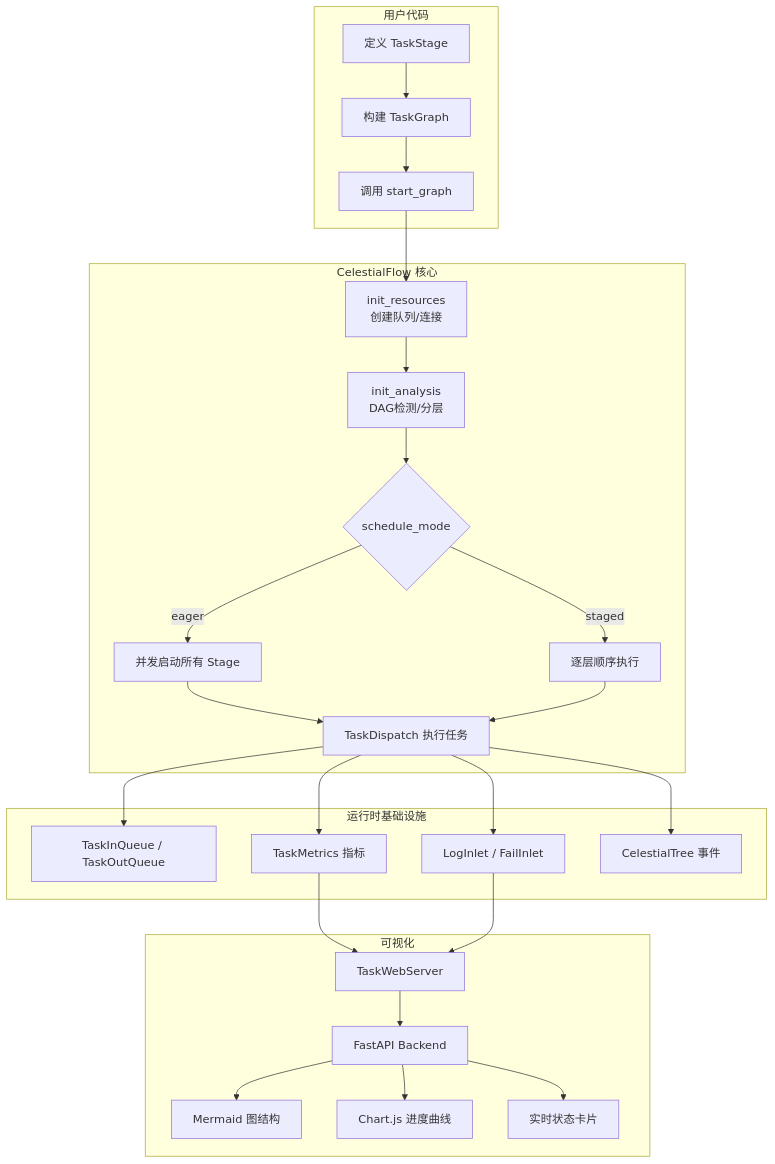
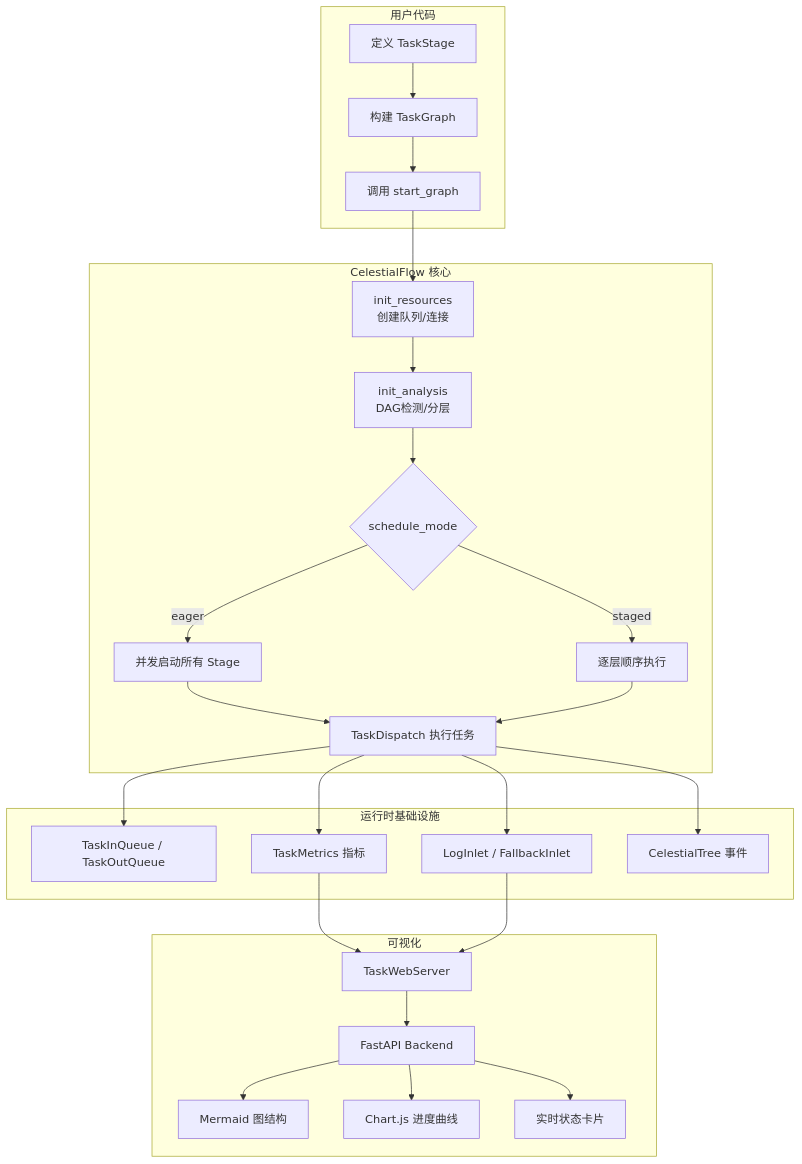
Before and after one commit to Mr-xiaotian/CelestialFlow: the first of 9 diagrams in docs/zh-CN/presentation.md, drawn with Mermaid. The commit also changed other lines of this file and 71 other files, not shown here.

````diff
--- a/docs/zh-CN/presentation.md
+++ b/docs/zh-CN/presentation.md
@@ -76,34 +76,34 @@
 ```mermaid
 graph TB
     subgraph 用户代码
         A[定义 TaskStage] --> B[构建 TaskGraph]
         B --> C[调用 start_graph]
     end
 
     subgraph CelestialFlow 核心
         C --> D[init_resources<br/>创建队列/连接]
         D --> E[init_analysis<br/>DAG检测/分层]
         E --> F{schedule_mode}
         F -->|eager| G[并发启动所有 Stage]
         F -->|staged| H[逐层顺序执行]
         G --> I[TaskDispatch 执行任务]
         H --> I
     end
 
     subgraph 运行时基础设施
         I --> J[TaskInQueue / TaskOutQueue]
         I --> K[TaskMetrics 指标]
-        I --> L[LogInlet / FailInlet]
+        I --> L[LogInlet / FallbackInlet]
         I --> M[CelestialTree 事件]
     end
 
     subgraph 可视化
         N[TaskWebServer] --> O[FastAPI Backend]
         O --> P[Mermaid 图结构]
         O --> Q[Chart.js 进度曲线]
         O --> R[实时状态卡片]
     end
 
     K --> N
     L --> N
 ```
````
